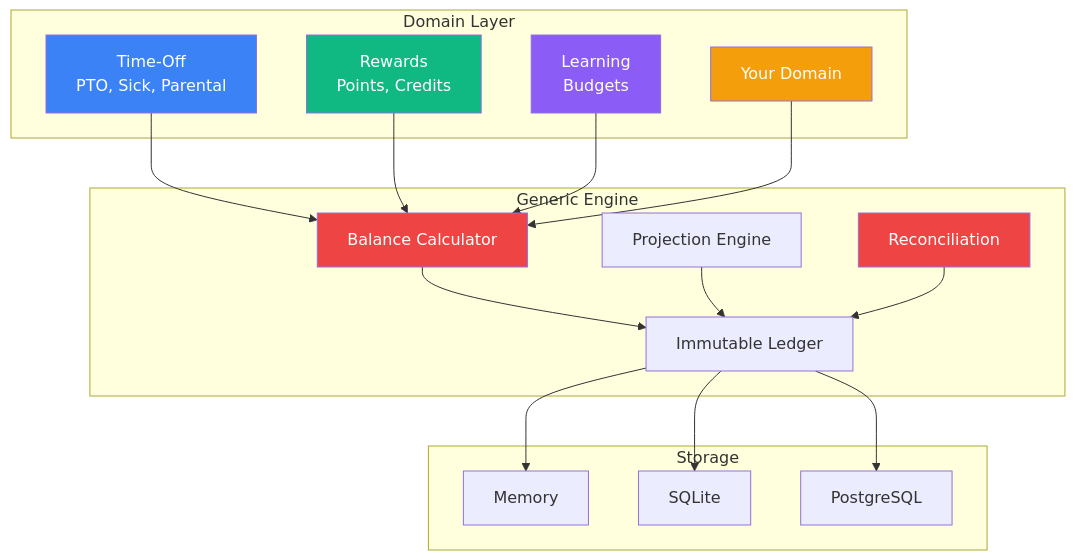
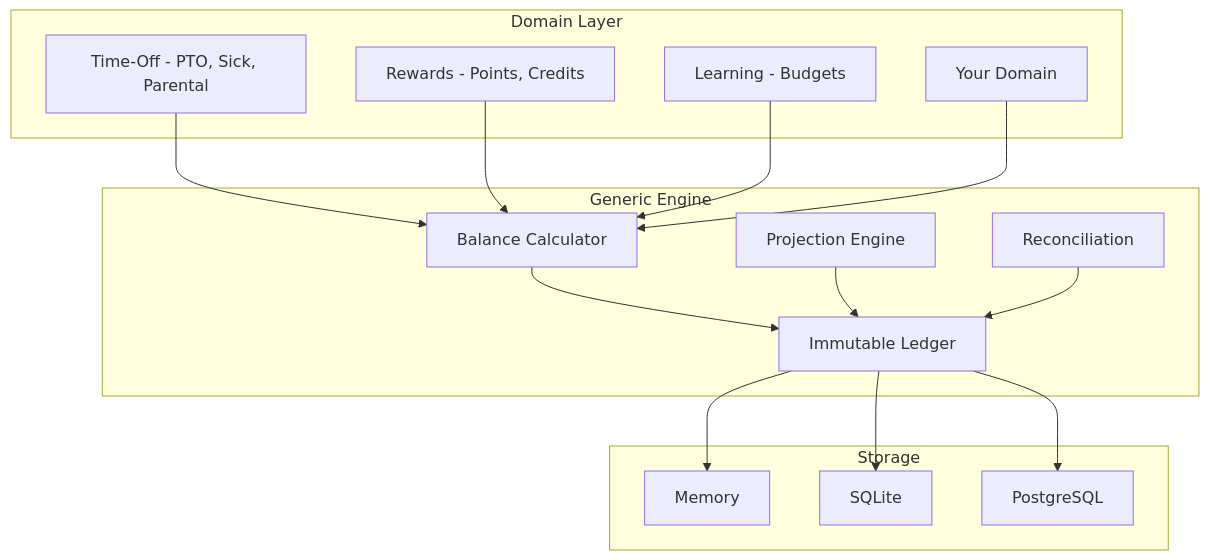
The first of 22 diagrams in README.md (AntoineToussaint/timeoff), drawn with Mermaid before and after one commit. The commit also changed other lines of this file, not shown here.

First line of the commit message:
Fix Mermaid diagrams for GitHub rendering

````diff
--- a/README.md
+++ b/README.md
@@ -57,42 +57,36 @@
 ```mermaid
 graph TB
     subgraph "Domain Layer"
-        TO[Time-Off<br/>PTO, Sick, Parental]
-        RW[Rewards<br/>Points, Credits]
-        LB[Learning<br/>Budgets]
+        TO[Time-Off - PTO, Sick, Parental]
+        RW[Rewards - Points, Credits]
+        LB[Learning - Budgets]
         CUSTOM[Your Domain]
     end
     
     subgraph "Generic Engine"
         BAL[Balance Calculator]
         PRJ[Projection Engine]
         REC[Reconciliation]
         LED[Immutable Ledger]
     end
     
     subgraph "Storage"
         MEM[Memory]
         SQL[SQLite]
         PG[PostgreSQL]
     end
     
     TO --> BAL
     RW --> BAL
     LB --> BAL
     CUSTOM --> BAL
     
     BAL --> LED
     PRJ --> LED
     REC --> LED
     
     LED --> MEM
     LED --> SQL
     LED --> PG
     
-    style TO fill:#3b82f6,color:#fff
-    style RW fill:#10b981,color:#fff
-    style LB fill:#8b5cf6,color:#fff
-    style CUSTOM fill:#f59e0b,color:#fff
-    style BAL fill:#ef4444,color:#fff
-    style REC fill:#ef4444,color:#fff
 ```
````
